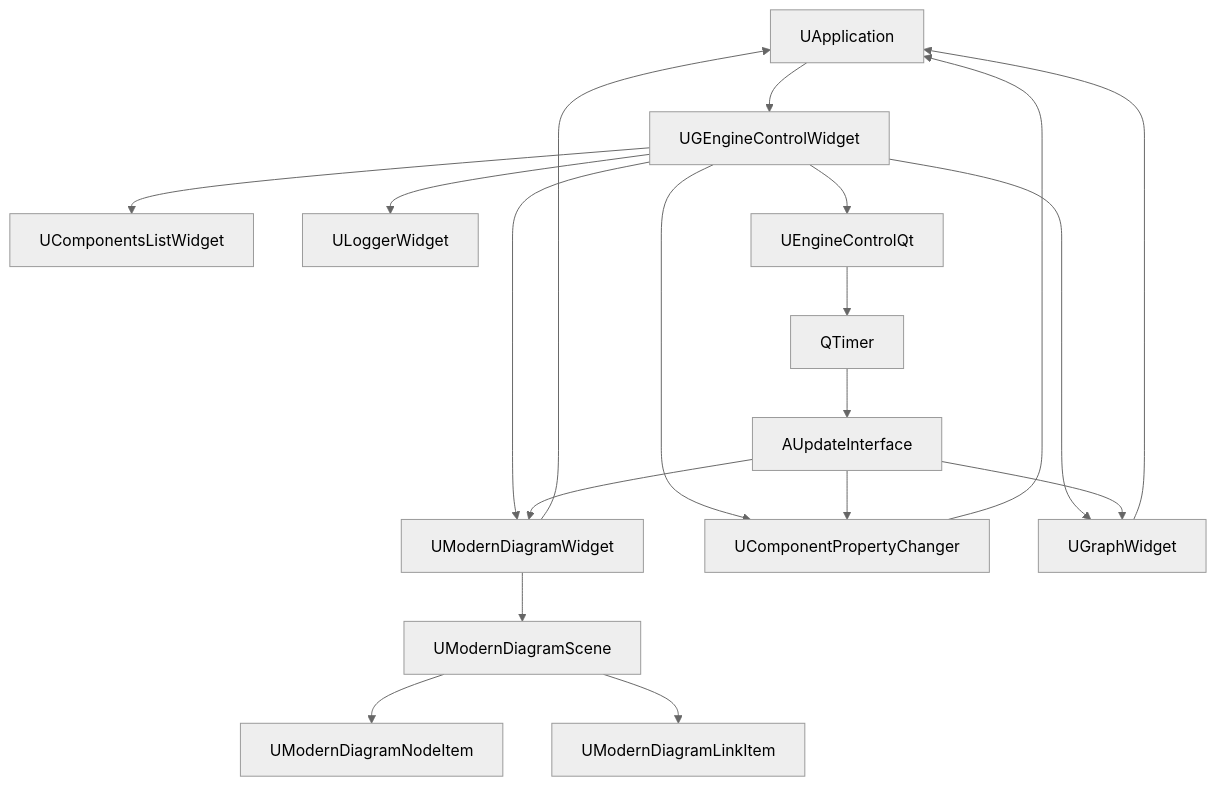
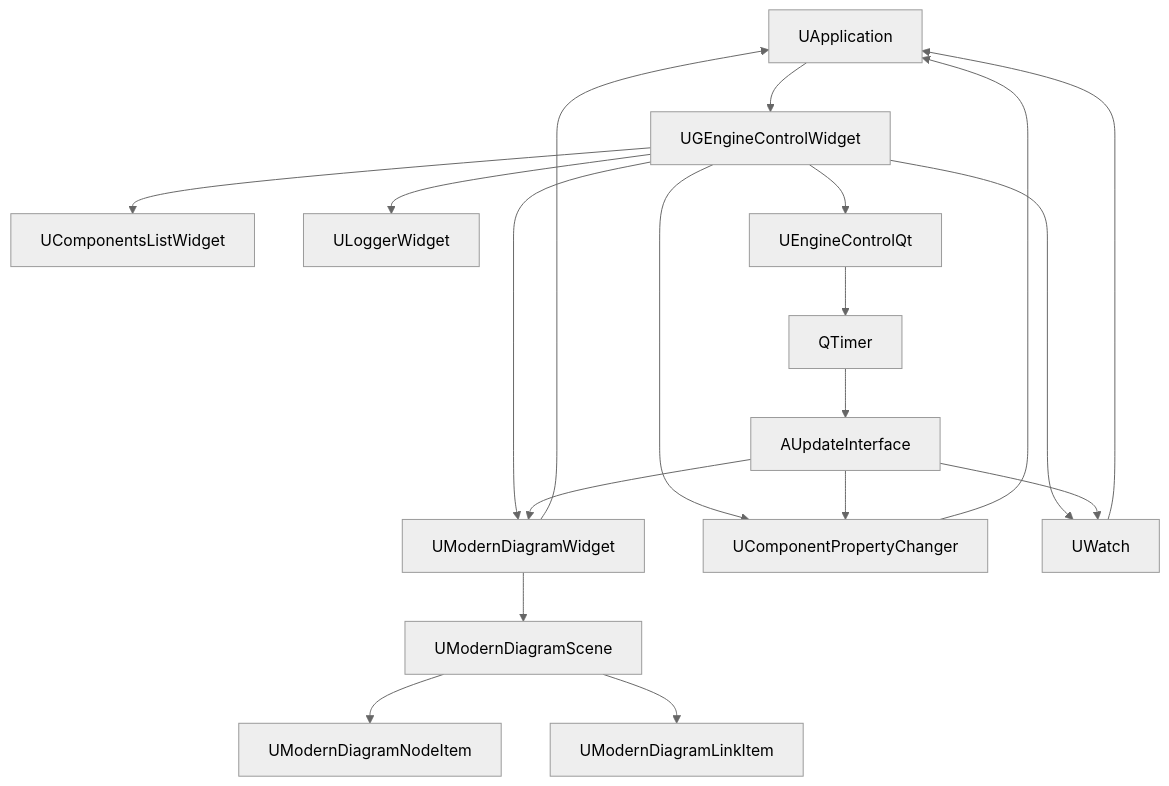
The second of 2 diagrams in Docs/GUI/Overview.md (aicommunity/Nmsdk), drawn with Mermaid (neutral theme) before and after one commit. The commit also changed other lines of this file and 7 other files, not shown here.

First line of the commit message:
Refactor Watch charts to PlotDocument and remove legacy UGraph stack.

````diff
--- a/Docs/GUI/Overview.md
+++ b/Docs/GUI/Overview.md
@@ -120,24 +120,24 @@
 ```mermaid
 flowchart TB
     App[UApplication] --> MainWidget[UGEngineControlWidget]
     MainWidget --> DiagramWidget[UModernDiagramWidget]
     MainWidget --> PropertyWidget[UComponentPropertyChanger]
     MainWidget --> ListWidget[UComponentsListWidget]
     MainWidget --> LogWidget[ULoggerWidget]
-    MainWidget --> GraphWidget[UGraphWidget]
+    MainWidget --> WatchWidget[UWatch]
     
     DiagramWidget --> Scene[UModernDiagramScene]
     Scene --> Nodes[UModernDiagramNodeItem]
     Scene --> Links[UModernDiagramLinkItem]
     
     MainWidget --> EngineControl[UEngineControlQt]
     EngineControl --> Timer[QTimer]
     Timer --> Update[AUpdateInterface]
     Update --> DiagramWidget
     Update --> PropertyWidget
-    Update --> GraphWidget
+    Update --> WatchWidget
     
     DiagramWidget --> App
     PropertyWidget --> App
-    GraphWidget --> App
+    WatchWidget --> App
 ```
````
